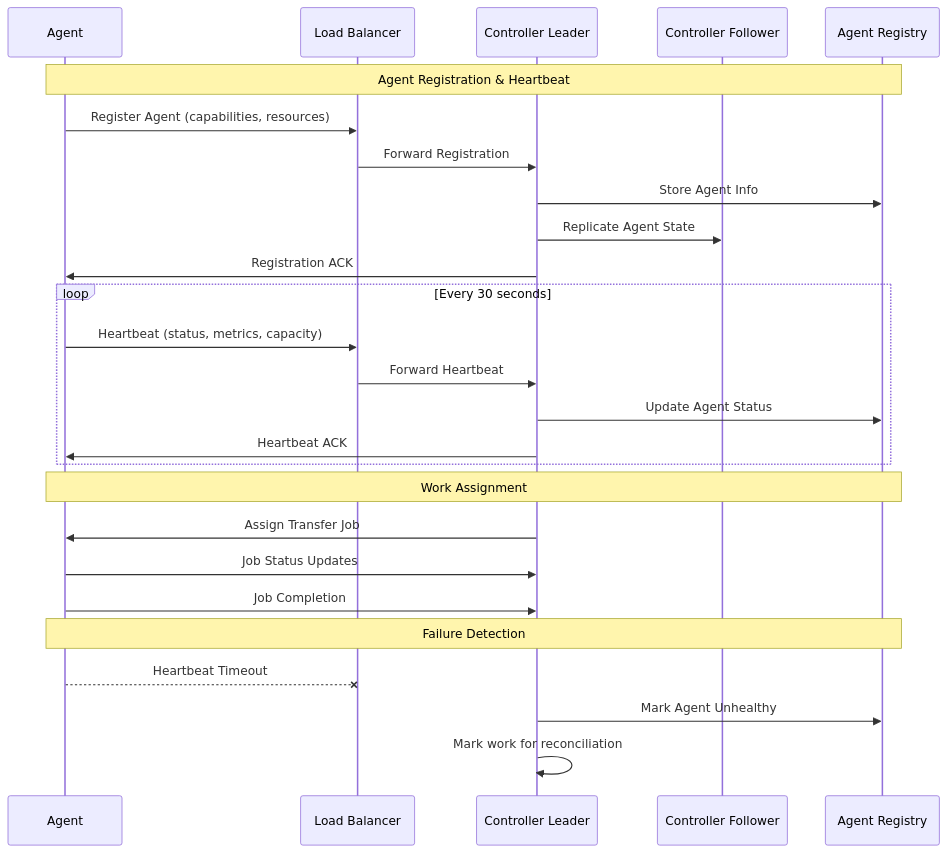
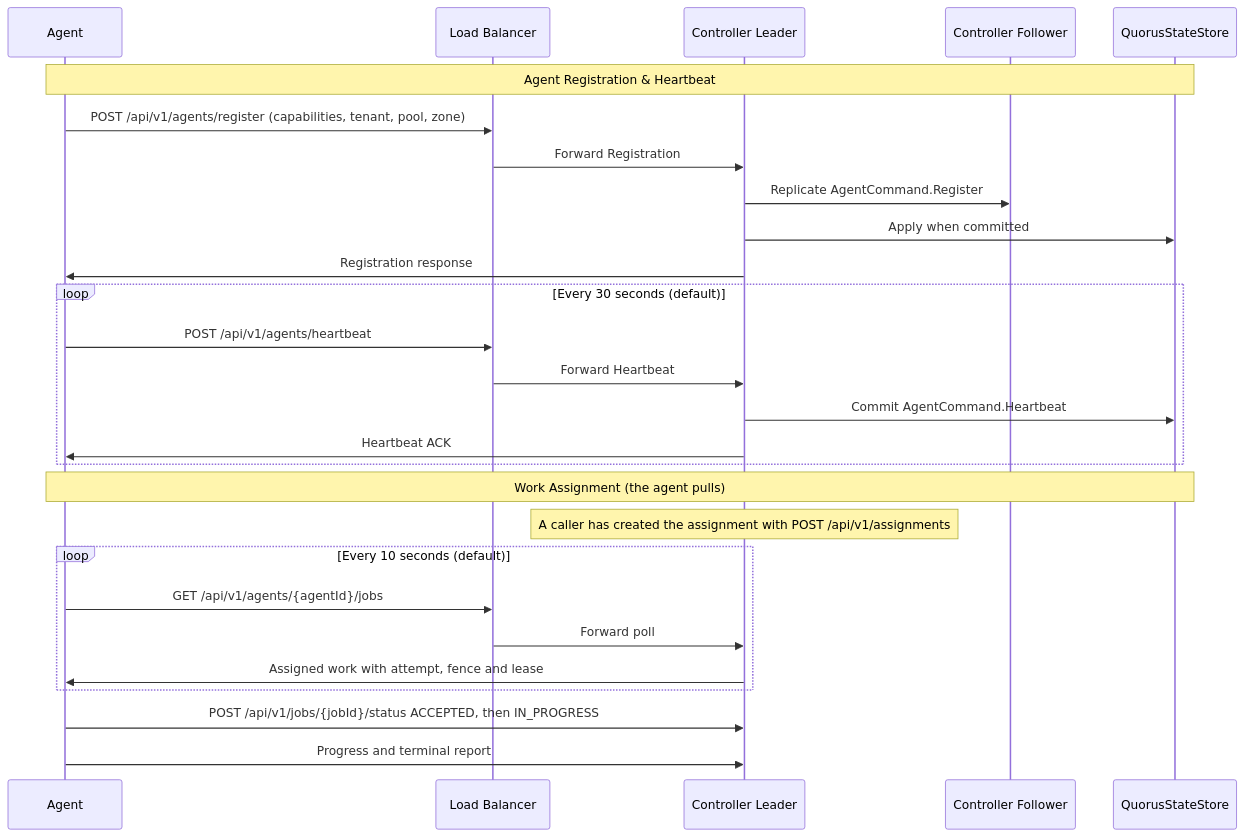
Before and after one commit to mraysmit/quorus: the ninth of 11 diagrams in docs-design/design/QUORUS_SYSTEM_DESIGN.md, drawn with Mermaid. The commit also changed other lines of this file and 50 other files, not shown here.

````diff
--- a/docs-design/design/QUORUS_SYSTEM_DESIGN.md
+++ b/docs-design/design/QUORUS_SYSTEM_DESIGN.md
@@ -2237,32 +1514,32 @@
 ```mermaid
 sequenceDiagram
     participant A as Agent
     participant LB as Load Balancer
     participant C1 as Controller Leader
     participant C2 as Controller Follower
-    participant AR as Agent Registry
+    participant SS as QuorusStateStore
 
-    Note over A,AR: Agent Registration & Heartbeat
-    A->>LB: Register Agent (capabilities, resources)
+    Note over A,SS: Agent Registration & Heartbeat
+    A->>LB: POST /api/v1/agents/register (capabilities, tenant, pool, zone)
     LB->>C1: Forward Registration
-    C1->>AR: Store Agent Info
-    C1->>C2: Replicate Agent State
-    C1->>A: Registration ACK
+    C1->>C2: Replicate AgentCommand.Register
+    C1->>SS: Apply when committed
+    C1->>A: Registration response
 
-    loop Every 30 seconds
-        A->>LB: Heartbeat (status, metrics, capacity)
+    loop Every 30 seconds (default)
+        A->>LB: POST /api/v1/agents/heartbeat
         LB->>C1: Forward Heartbeat
-        C1->>AR: Update Agent Status
+        C1->>SS: Commit AgentCommand.Heartbeat
         C1->>A: Heartbeat ACK
     end
 
-    Note over A,AR: Work Assignment
-    C1->>A: Assign Transfer Job
-    A->>C1: Job Status Updates
-    A->>C1: Job Completion
-
-    Note over A,AR: Failure Detection
-    A--xLB: Heartbeat Timeout
-    C1->>AR: Mark Agent Unhealthy
-    C1->>C1: Mark work for reconciliation
+    Note over A,SS: Work Assignment (the agent pulls)
+    Note over C1: A caller has created the assignment with POST /api/v1/assignments
+    loop Every 10 seconds (default)
+        A->>LB: GET /api/v1/agents/{agentId}/jobs
+        LB->>C1: Forward poll
+        C1->>A: Assigned work with attempt, fence and lease
+    end
+    A->>C1: POST /api/v1/jobs/{jobId}/status ACCEPTED, then IN_PROGRESS
+    A->>C1: Progress and terminal report
 ```
````
